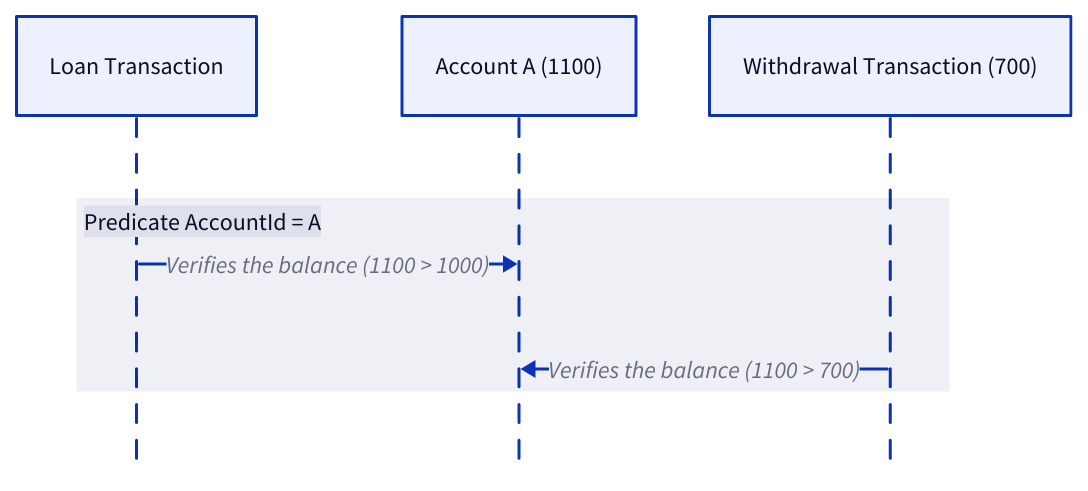
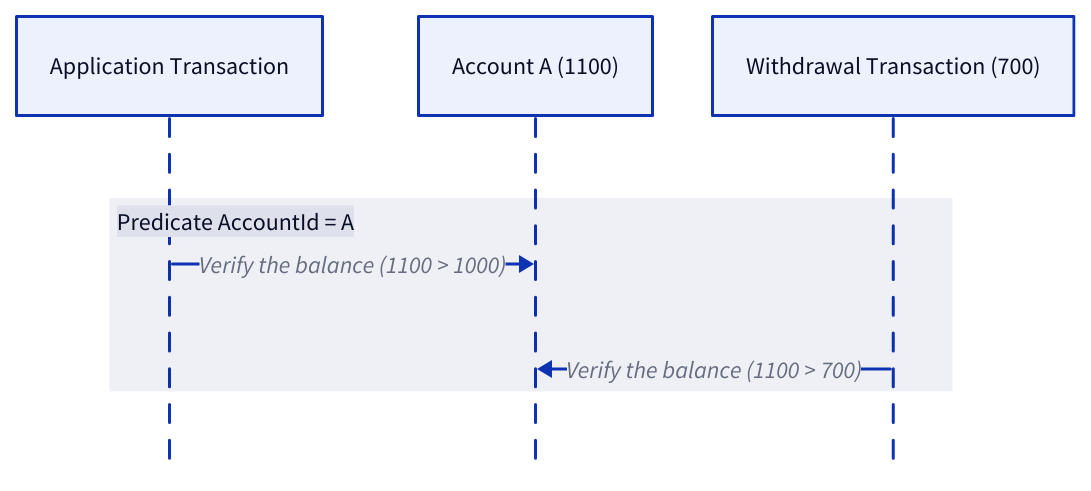
Diagram 20 of 23 in content/data-persistence/sql-database/concurrency-control.md (link1905/system-design-101), drawn with D2 before and after one commit. The commit also changed other lines of this file and 13 other files, not shown here.

````diff
--- a/content/data-persistence/sql-database/concurrency-control.md
+++ b/content/data-persistence/sql-database/concurrency-control.md
@@ -895,10 +821,10 @@
 ```d2
 shape: sequence_diagram
-t: Loan Transaction
+t: Application Transaction
 a: Account A (1100)
 t1: "Withdrawal Transaction (700)"
 "Predicate AccountId = A" {
-   t -> a: "Verifies the balance (1100 > 1000)"
-   t1 -> a: "Verifies the balance (1100 > 700)"
+   t -> a: "Verify the balance (1100 > 1000)"
+   t1 -> a: "Verify the balance (1100 > 700)"
 }
 ```
````
